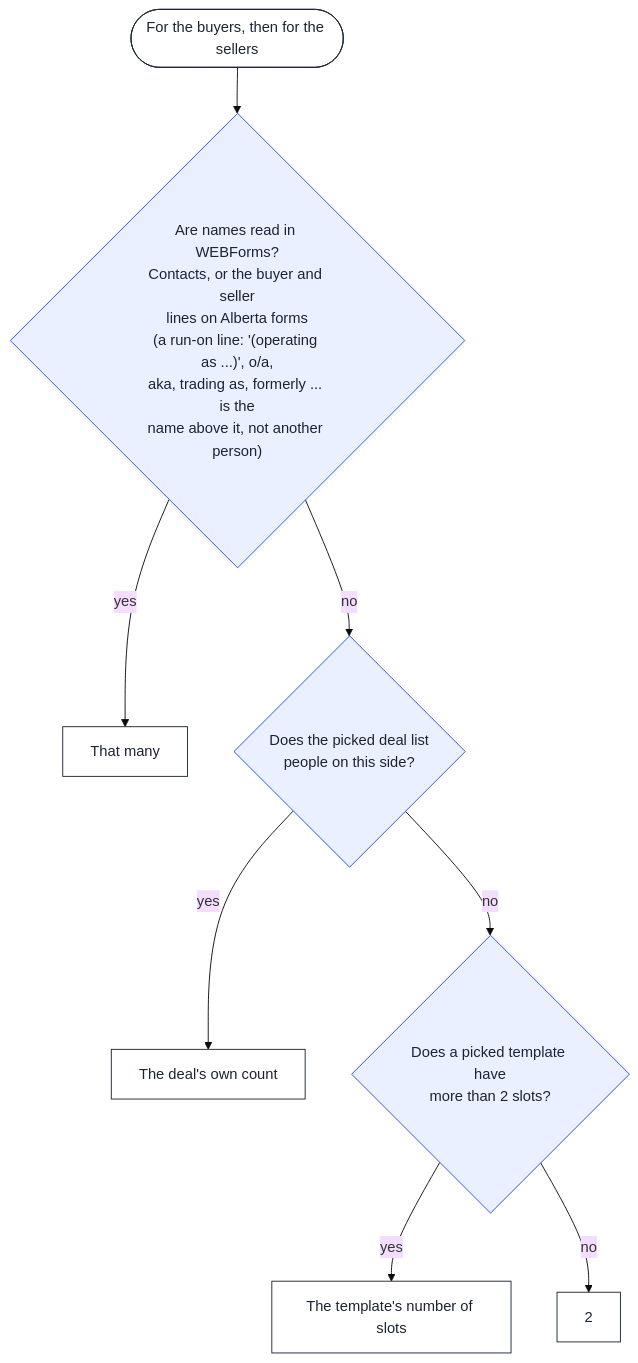
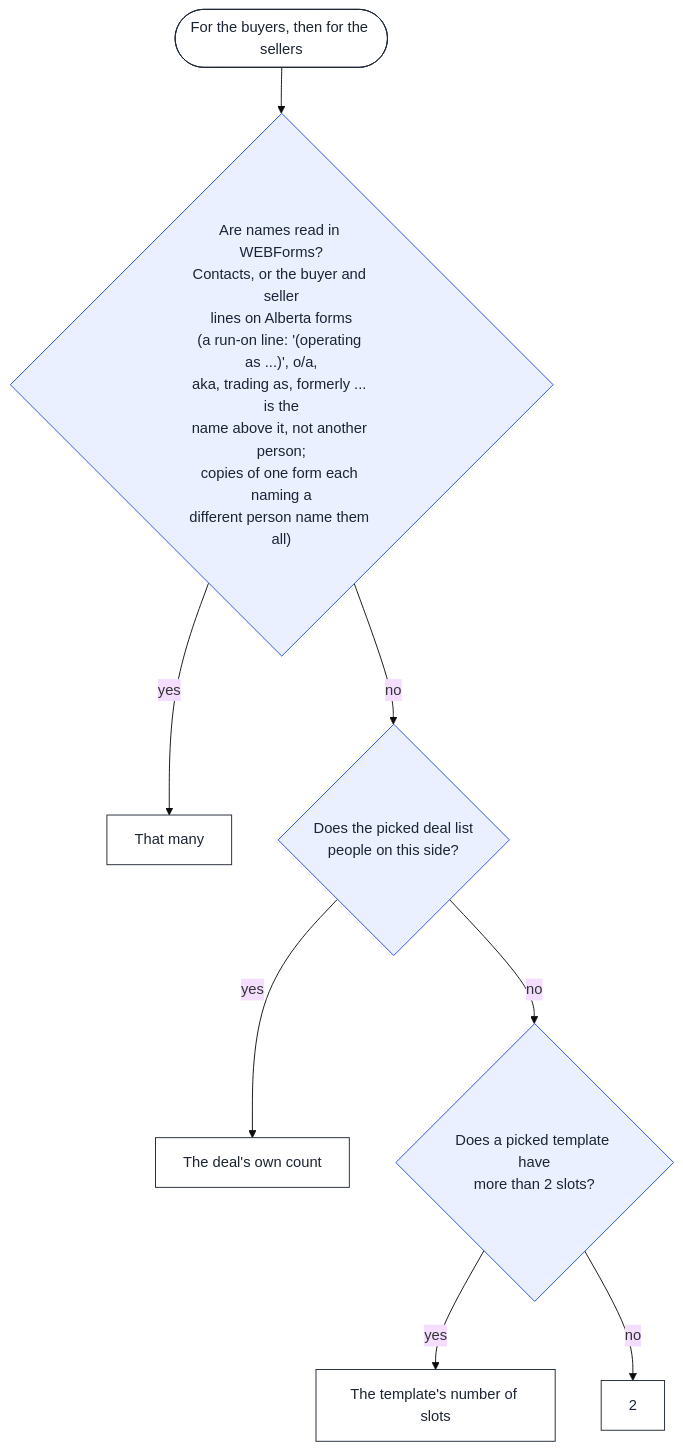
One commit to stante-group/dotted-line changed the third of 5 diagrams in docs/how-the-panel-decides.md. Above: the diagram before and after it, drawn with Mermaid (base theme). The commit also changed other lines of this file and 10 other files, not shown here.

First line of the commit message:
One signer per copy: copies of one form each get only their own signer (#9)

````diff
--- a/docs/how-the-panel-decides.md
+++ b/docs/how-the-panel-decides.md
@@ -84,15 +89,15 @@
 ```mermaid
 flowchart TD
-  A(["For the buyers, then for the sellers"]) --> F{"Are names read in WEBForms?<br/>Contacts, or the buyer and seller<br/>lines on Alberta forms<br/>(a run-on line: '(operating as ...)', o/a,<br/>aka, trading as, formerly ... is the<br/>name above it, not another person)"}
+  A(["For the buyers, then for the sellers"]) --> F{"Are names read in WEBForms?<br/>Contacts, or the buyer and seller<br/>lines on Alberta forms<br/>(a run-on line: '(operating as ...)', o/a,<br/>aka, trading as, formerly ... is the<br/>name above it, not another person;<br/>copies of one form each naming a<br/>different person name them all)"}
   F -- yes --> F1["That many"]
   F -- no --> DL{"Does the picked deal list<br/>people on this side?"}
   DL -- yes --> D1["The deal's own count"]
   DL -- no --> TS{"Does a picked template have<br/>more than 2 slots?"}
   TS -- yes --> T1["The template's number of slots"]
   TS -- no --> TWO["2"]
 
   classDef q fill:#eaf0ff,stroke:#1d4ed8,color:#1b2433
   classDef out fill:#ffffff,stroke:#1b2433,color:#1b2433
   class F,DL,TS q
   class A,F1,D1,T1,TWO out
 ```
````
